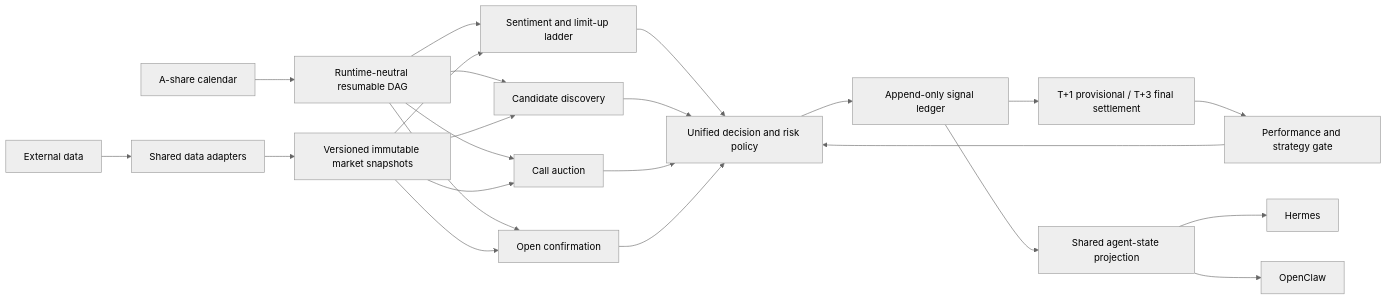
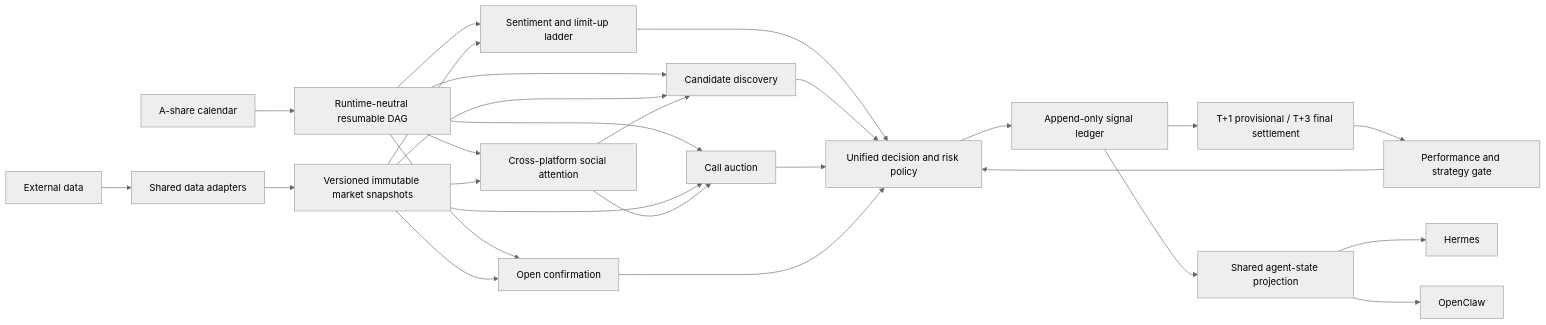
One commit to Eleven1111/a-stock-agent-system changed the diagram in README.md. Above: the diagram before and after it, drawn with Mermaid (neutral theme). The commit also changed other lines of this file and 30 other files, not shown here.

````diff
--- a/README.md
+++ b/README.md
@@ -22,25 +22,29 @@
 ```mermaid
 flowchart LR
     S["External data"] --> A["Shared data adapters"]
     A --> M["Versioned immutable market snapshots"]
     C["A-share calendar"] --> O["Runtime-neutral resumable DAG"]
     O --> HM["Sentiment and limit-up ladder"]
+    O --> SA["Cross-platform social attention"]
     O --> CD["Candidate discovery"]
     O --> AU["Call auction"]
     O --> OC["Open confirmation"]
     M --> HM
+    M --> SA
     M --> CD
     M --> AU
     M --> OC
     HM --> P["Unified decision and risk policy"]
+    SA --> CD
+    SA --> AU
     CD --> P
     AU --> P
     OC --> P
     P --> L["Append-only signal ledger"]
     L --> ST["T+1 provisional / T+3 final settlement"]
     ST --> E["Performance and strategy gate"]
     E --> P
     L --> X["Shared agent-state projection"]
     X --> H["Hermes"]
     X --> W["OpenClaw"]
 ```
````
